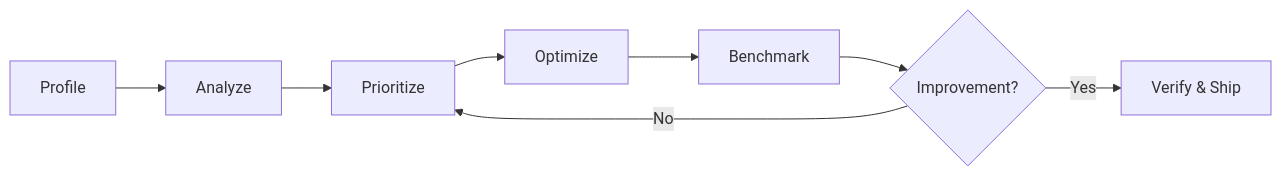
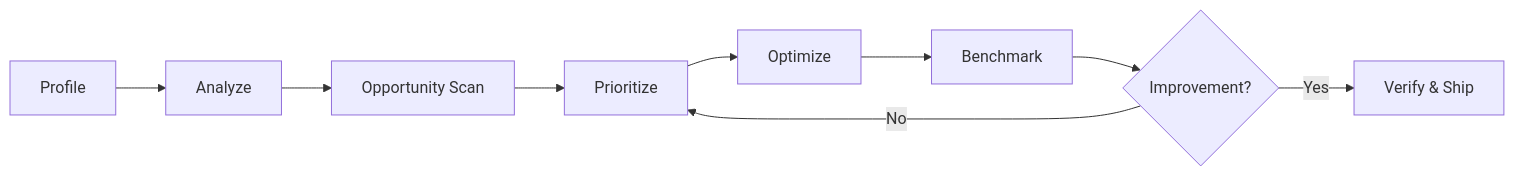
One commit to irahardianto/awesome-agv changed the diagram in .agents/skills/perf-optimization/SKILL.md. Above: the diagram before and after it, drawn with Mermaid. The commit also changed other lines of this file and 1 other file, not shown here.

````diff
--- a/.agents/skills/perf-optimization/SKILL.md
+++ b/.agents/skills/perf-optimization/SKILL.md
@@ -20,10 +21,11 @@
 ```mermaid
 graph LR
     P1[Profile] --> P2[Analyze]
-    P2 --> P3[Prioritize]
+    P2 --> P2b[Opportunity Scan]
+    P2b --> P3[Prioritize]
     P3 --> P4[Optimize]
     P4 --> P5[Benchmark]
     P5 --> P6{Improvement?}
     P6 -->|Yes| P7[Verify & Ship]
     P6 -->|No| P3
 ```
````
